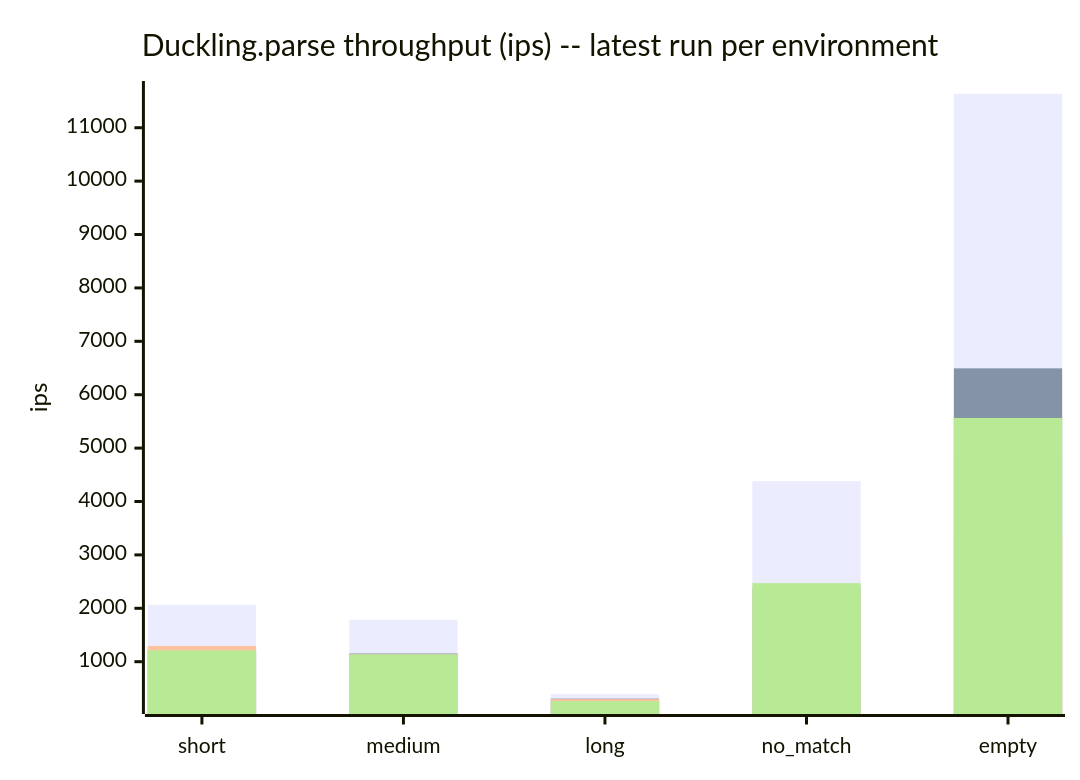
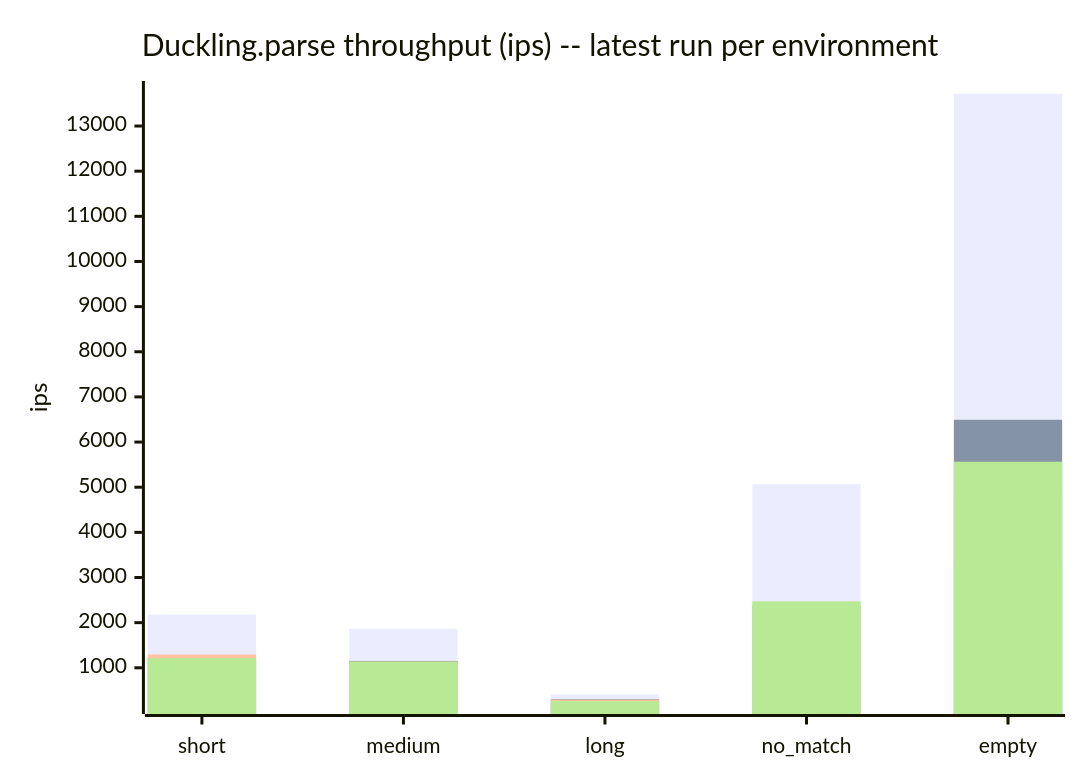
One commit to cpb/duckling changed the sixth of 7 diagrams in docs/benchmarks/README.md. Above: the diagram before and after it, drawn with Mermaid. The commit also changed other lines of this file and 1 other file, not shown here.

Commit message:
Record github-actions benchmark for PR #102 branch issue-96/rebase-and-re-implement-85-s-dst-aware-reference-z [benchmark-record]

````diff
--- a/docs/benchmarks/README.md
+++ b/docs/benchmarks/README.md
@@ -211,11 +211,11 @@
 ```mermaid
 xychart-beta
     title "Duckling.parse throughput (ips) -- latest run per environment"
     x-axis [short, medium, long, no_match, empty]
     y-axis "ips"
-    bar "github-actions" [2064.6, 1785.9, 391.5, 4382.0, 11636.2]
+    bar "github-actions" [2179.5, 1863.2, 412.0, 5068.6, 13714.8]
     bar "claude-code-web" [1228.1, 1152.8, 308.1, 2368.1, 6493.4]
     bar "local-3.3" [1294.7, 1136.9, 298.4, 2307.3, 3347.9]
     bar "local-3.4" [1122.6, 1061.7, 259.2, 2350.7, 4930.6]
     bar "local-4.0" [1211.9, 1136.8, 261.7, 2470.9, 5564.1]
 ```
````
